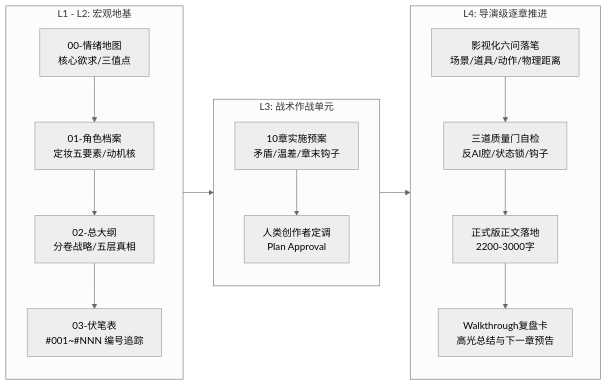
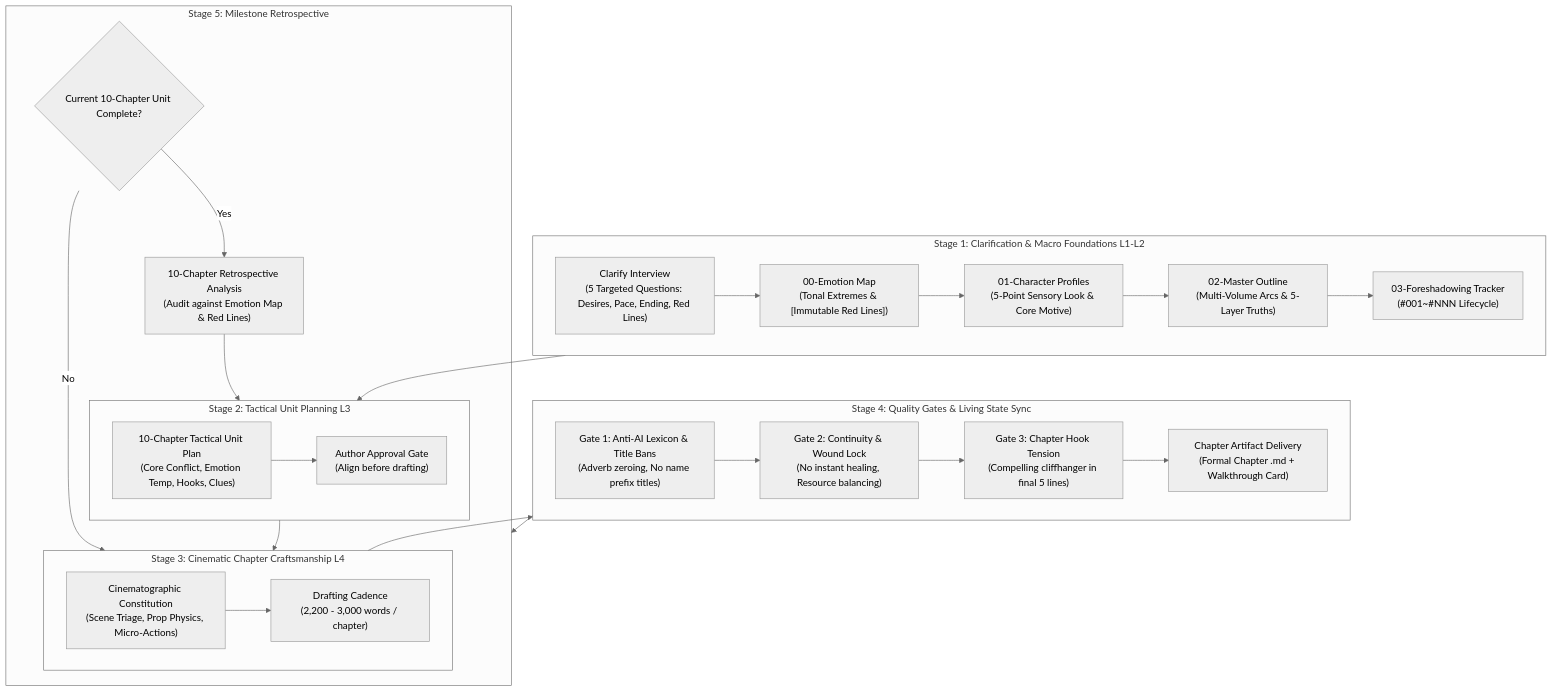
One commit to egguy886/commercial-writing-system changed the diagram in README.md. Above: the diagram before and after it, drawn with Mermaid (neutral theme). The commit also changed other lines of this file and 1 other file, not shown here.

````diff
--- a/README.md
+++ b/README.md
@@ -33,20 +38,32 @@
 ```mermaid
-flowchart LR
-    subgraph 宏观地基 [L1 - L2: 宏观地基]
-        A1[00-情绪地图<br/>核心欲求/三值点] --> A2[01-角色档案<br/>定妆五要素/动机核]
-        A2 --> A3[02-总大纲<br/>分卷战略/五层真相]
-        A3 --> A4[03-伏笔表<br/>#001~#NNN 编号追踪]
+flowchart TD
+    subgraph S1 [Stage 1: Clarification & Macro Foundations L1-L2]
+        A0["Clarify Interview<br/>(5 Targeted Questions: Desires, Pace, Ending, Red Lines)"] --> A1["00-Emotion Map<br/>(Tonal Extremes & [Immutable Red Lines])"]
+        A1 --> A2["01-Character Profiles<br/>(5-Point Sensory Look & Core Motive)"]
+        A2 --> A3["02-Master Outline<br/>(Multi-Volume Arcs & 5-Layer Truths)"]
+        A3 --> A4["03-Foreshadowing Tracker<br/>(#001~#NNN Lifecycle)"]
     end
 
-    subgraph 战术单元 [L3: 战术作战单元]
-        B1[10章实施预案<br/>矛盾/温差/章末钩子] --> B2[人类创作者定调<br/>Plan Approval]
+    subgraph S2 [Stage 2: Tactical Unit Planning L3]
+        B1["10-Chapter Tactical Unit Plan<br/>(Core Conflict, Emotion Temp, Hooks, Clues)"] --> B2["Author Approval Gate<br/>(Align before drafting)"]
     end
 
-    subgraph 单章精雕 [L4: 导演级逐章推进]
-        C1[影视化六问落笔<br/>场景/道具/动作/物理距离] --> C2[三道质量门自检<br/>反AI腔/状态锁/钩子]
-        C2 --> C3[正式版正文落地<br/>2200-3000字]
-        C3 --> C4[Walkthrough复盘卡<br/>高光总结与下一章预告]
+    subgraph S3 [Stage 3: Cinematic Chapter Craftsmanship L4]
+        C1["Cinematographic Constitution<br/>(Scene Triage, Prop Physics, Micro-Actions)"] --> C2["Drafting Cadence<br/>(2,200 - 3,000 words / chapter)"]
     end
 
-    宏观地基 --> 战术单元 --> 单章精雕
+    subgraph S4 [Stage 4: Quality Gates & Living State Sync]
+        D1["Gate 1: Anti-AI Lexicon & Title Bans<br/>(Adverb zeroing, No name prefix titles)"] --> D2["Gate 2: Continuity & Wound Lock<br/>(No instant healing, Resource balancing)"]
+        D2 --> D3["Gate 3: Chapter Hook Tension<br/>(Compelling cliffhanger in final 5 lines)"]
+        D3 --> D4["Chapter Artifact Delivery<br/>(Formal Chapter .md + Walkthrough Card)"]
+    end
+
+    subgraph S5 [Stage 5: Milestone Retrospective]
+        E1{"Current 10-Chapter Unit Complete?"}
+        E1 -- No --> S3
+        E1 -- Yes --> E2["10-Chapter Retrospective Analysis<br/>(Audit against Emotion Map & Red Lines)"]
+        E2 --> S2
+    end
+
+    S1 --> S2 --> S3 --> S4 --> S5
 ```
````
